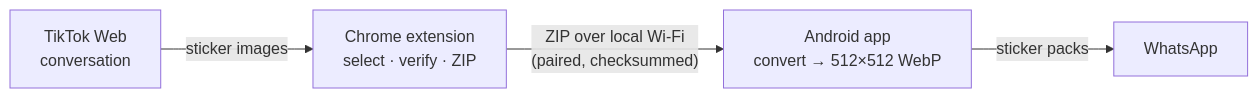
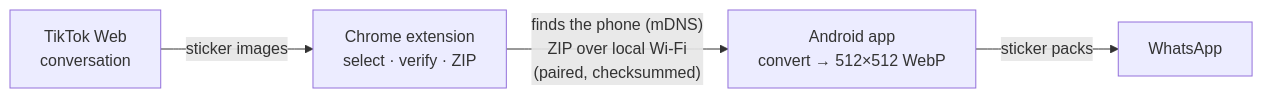
Before and after one commit to Alan-Acev/Alan-Acev: the diagram in README.md, drawn with Mermaid. The commit also changed other lines of this file, not shown here.

````diff
--- a/README.md
+++ b/README.md
@@ -71,6 +76,6 @@
 ```mermaid
 flowchart LR
     T["TikTok Web<br/>conversation"] -->|"sticker images"| E["Chrome extension<br/>select · verify · ZIP"]
-    E -->|"ZIP over local Wi-Fi<br/>(paired, checksummed)"| A["Android app<br/>convert → 512×512 WebP"]
+    E -->|"finds the phone (mDNS)<br/>ZIP over local Wi-Fi<br/>(paired, checksummed)"| A["Android app<br/>convert → 512×512 WebP"]
     A -->|"sticker packs"| W["WhatsApp"]
 ```
````
